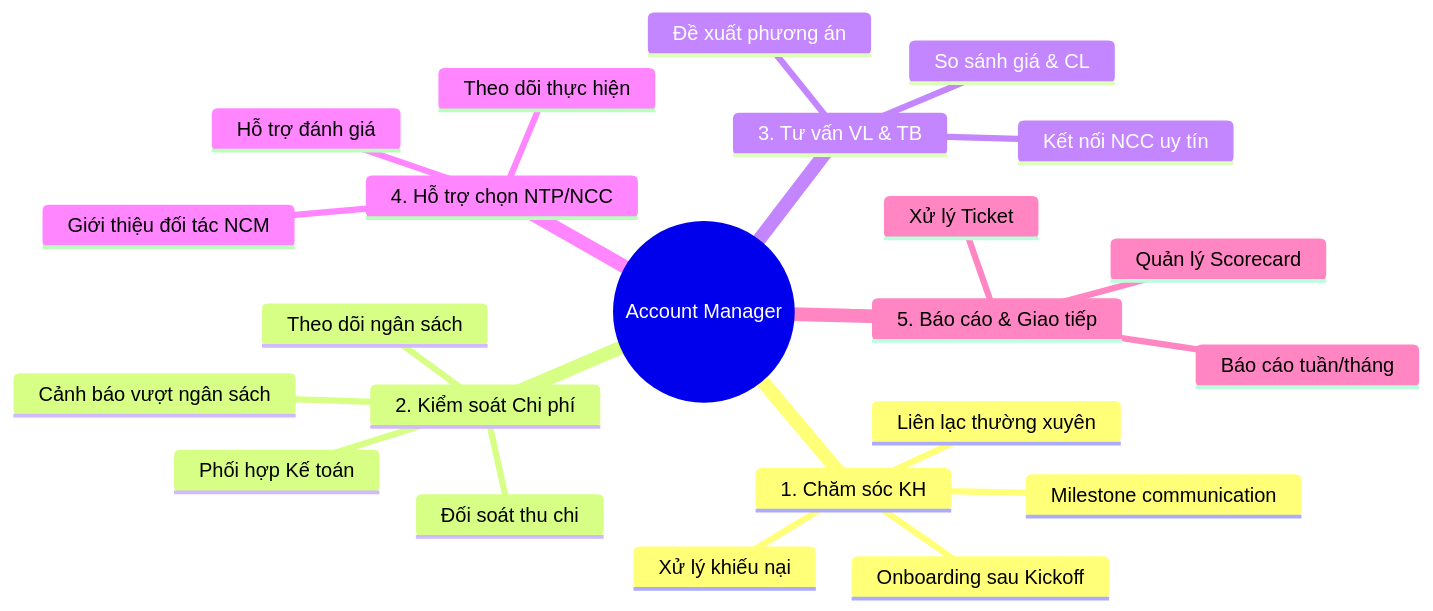
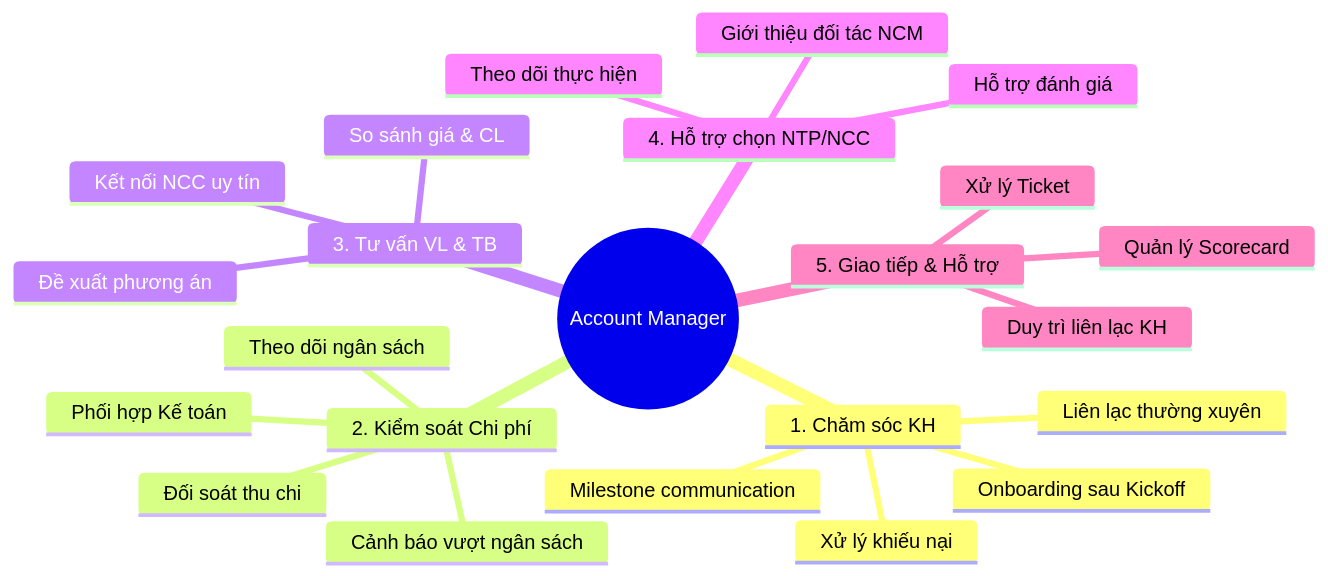
Before and after one commit to namdh9939/SOP-QLDA-TLXN: the diagram in 02-ACCOUNT/vai-tro-trach-nhiem.md, drawn with Mermaid. The commit also changed other lines of this file and 5 other files, not shown here.

````diff
--- a/02-ACCOUNT/vai-tro-trach-nhiem.md
+++ b/02-ACCOUNT/vai-tro-trach-nhiem.md
@@ -20,26 +20,26 @@
 ```mermaid
 mindmap
   root((Account Manager))
     1. Chăm sóc KH
       Onboarding sau Kickoff
       Liên lạc thường xuyên
       Xử lý khiếu nại
       Milestone communication
     2. Kiểm soát Chi phí
       Theo dõi ngân sách
       Đối soát thu chi
       Cảnh báo vượt ngân sách
       Phối hợp Kế toán
     3. Tư vấn VL & TB
       Đề xuất phương án
       So sánh giá & CL
       Kết nối NCC uy tín
     4. Hỗ trợ chọn NTP/NCC
       Giới thiệu đối tác NCM
       Hỗ trợ đánh giá
       Theo dõi thực hiện
-    5. Báo cáo & Giao tiếp
-      Báo cáo tuần/tháng
+    5. Giao tiếp & Hỗ trợ
+      Xử lý Ticket
       Quản lý Scorecard
-      Xử lý Ticket
+      Duy trì liên lạc KH
 ```
````
